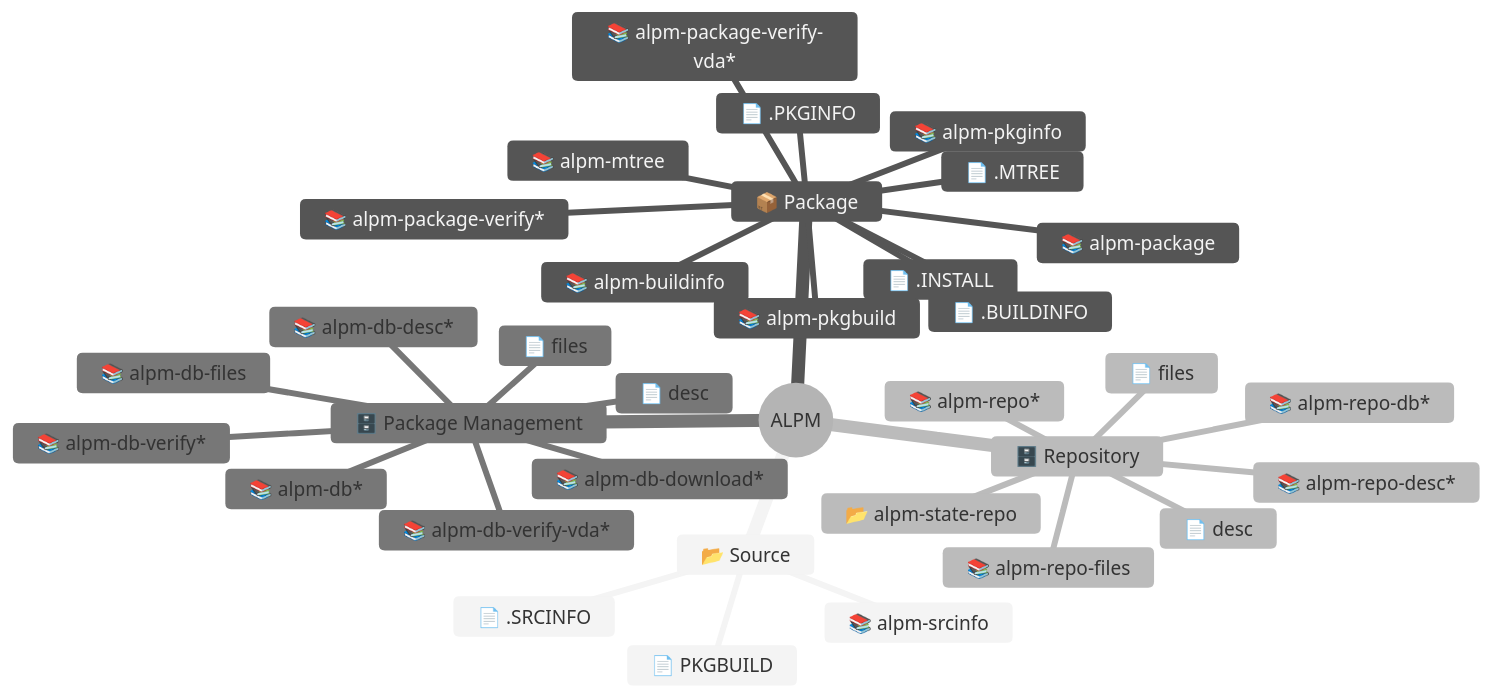
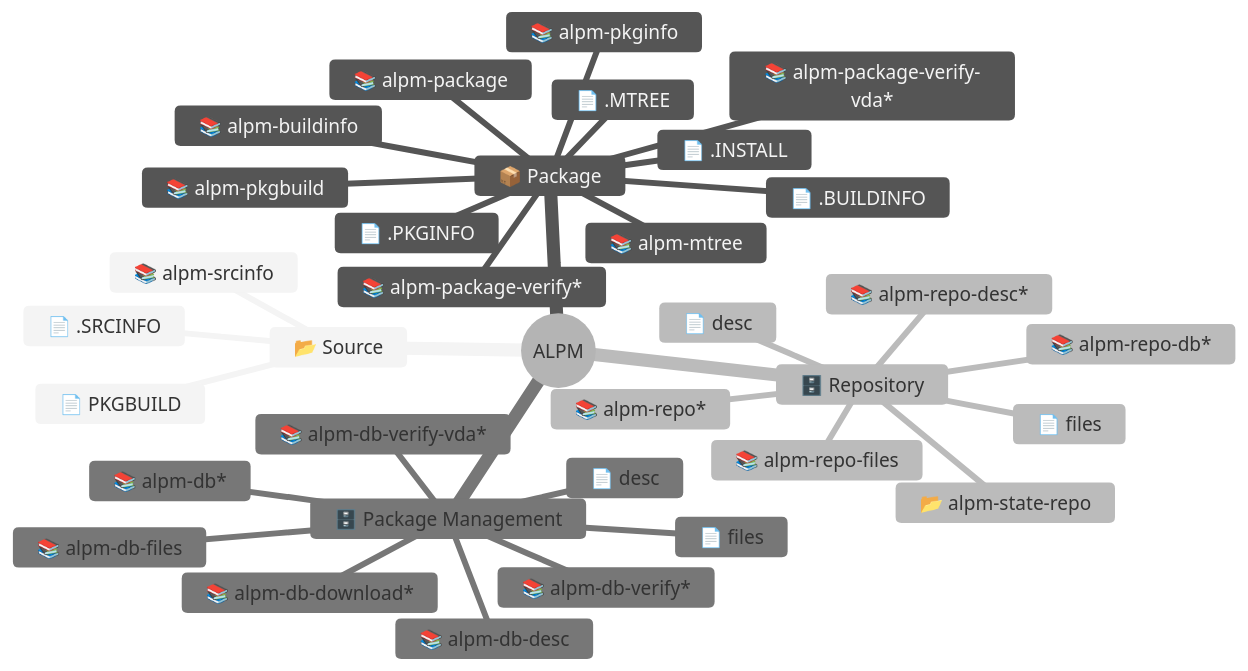
The diagram in README.md (archlinux/alpm), drawn with Mermaid (neutral theme) before and after one commit. The commit also changed other lines of this file and 5 other files, not shown here.

Commit message:
docs: Add documentation for alpm-db-desc

````diff
--- a/README.md
+++ b/README.md
@@ -23,37 +23,37 @@
 ```mermaid
 mindmap
   root((ALPM))
     📂 Source
       📄 PKGBUILD
       📄 .SRCINFO
       📚️ alpm-srcinfo
     📦 Package
       📄 .BUILDINFO
       📄 .PKGINFO
       📄 .INSTALL
       📄 .MTREE
       📚️ alpm-buildinfo
       📚️ alpm-pkgbuild
       📚️ alpm-pkginfo
       📚️ alpm-mtree
       📚️ alpm-package
       📚️ alpm-package-verify*
       📚️ alpm-package-verify-vda*
     🗄️ Repository
       📄 desc
       📄 files
       📚️ alpm-repo*
       📚️ alpm-repo-db*
       📚️ alpm-repo-desc*
       📚️ alpm-repo-files
       📂 alpm-state-repo
     🗄️ Package Management
       📄 desc
       📄 files
       📚️ alpm-db*
-      📚️ alpm-db-desc*
+      📚️ alpm-db-desc
       📚️ alpm-db-download*
       📚️ alpm-db-files
       📚️ alpm-db-verify*
       📚️ alpm-db-verify-vda*
 ```
````
